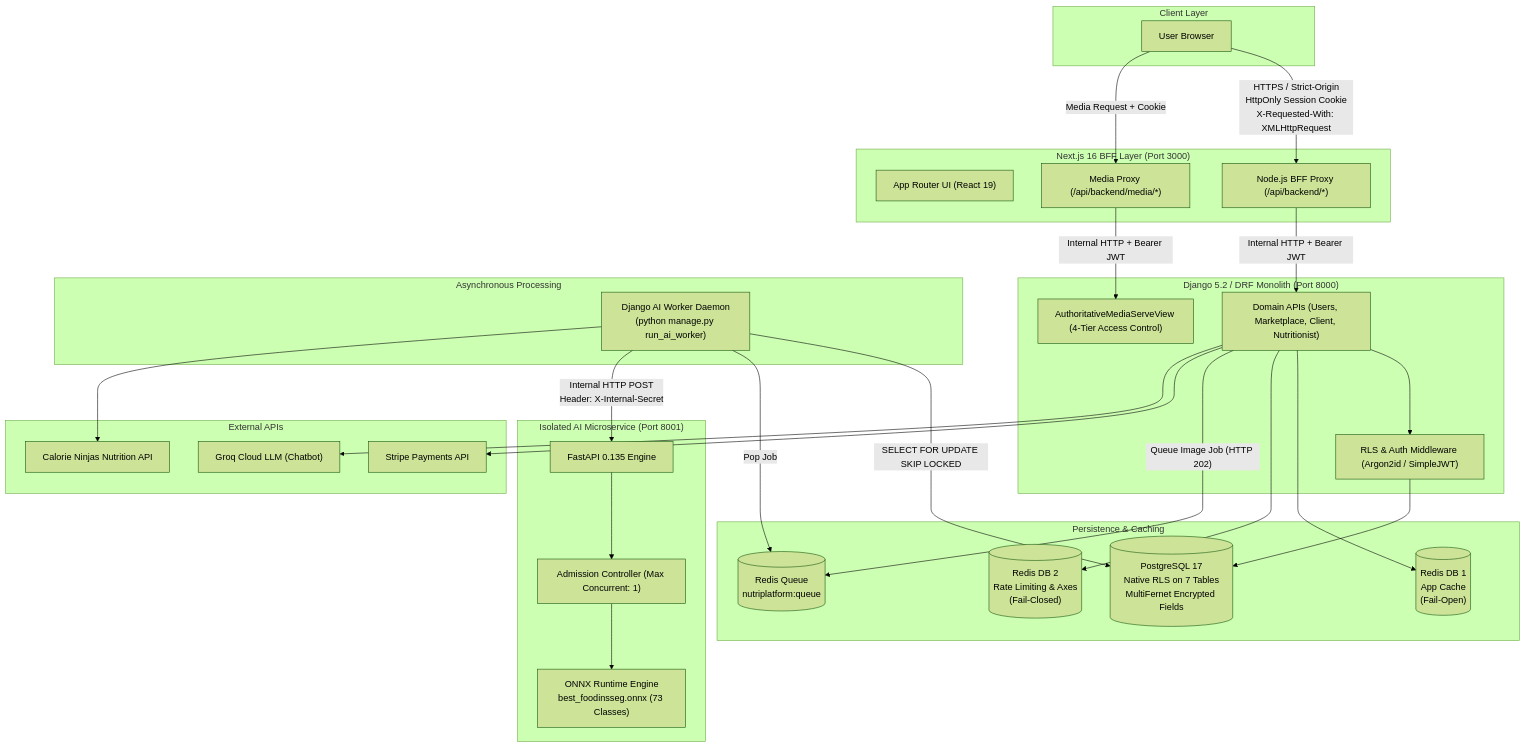
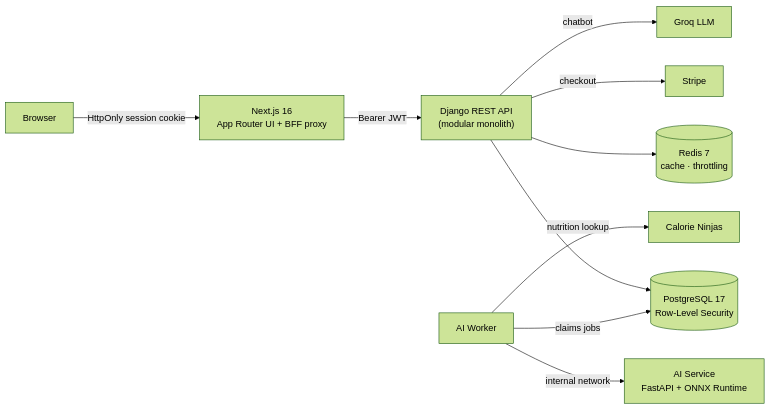
One commit to AkramBFS/personalized-dietary-platform changed the first of 3 diagrams in README.md. Above: the diagram before and after it, drawn with Mermaid (forest theme). The commit also changed other lines of this file, not shown here.

````diff
--- a/README.md
+++ b/README.md
@@ -37,60 +116,12 @@
 ```mermaid
-flowchart TD
-    subgraph ClientLayer ["Client Layer"]
-        Browser["User Browser"]
-    end
-
-    subgraph BFF ["Next.js 16 BFF Layer (Port 3000)"]
-        WebPages["App Router UI (React 19)"]
-        BFFProxy["Node.js BFF Proxy (/api/backend/*)"]
-        MediaProxy["Media Proxy (/api/backend/media/*)"]
-    end
-
-    subgraph CoreBackend ["Django 5.2 / DRF Monolith (Port 8000)"]
-        AuthMiddleware["RLS & Auth Middleware (Argon2id / SimpleJWT)"]
-        APIRoutes["Domain APIs (Users, Marketplace, Client, Nutritionist)"]
-        MediaServe["AuthoritativeMediaServeView (4-Tier Access Control)"]
-    end
-
-    subgraph Storage ["Persistence & Caching"]
-        Postgres[("PostgreSQL 17<br/>Native RLS on 7 Tables<br/>MultiFernet Encrypted Fields")]
-        RedisDB1[("Redis DB 1<br/>App Cache<br/>(Fail-Open)")]
-        RedisDB2[("Redis DB 2<br/>Rate Limiting & Axes<br/>(Fail-Closed)")]
-        RedisQueue[("Redis Queue<br/>nutriplatform:queue")]
-    end
-
-    subgraph WorkerLayer ["Asynchronous Processing"]
-        Worker["Django AI Worker Daemon<br/>(python manage.py run_ai_worker)"]
-    end
-
-    subgraph InternalAI ["Isolated AI Microservice (Port 8001)"]
-        FastAPI["FastAPI 0.135 Engine"]
-        AdmControl["Admission Controller (Max Concurrent: 1)"]
-        ONNX["ONNX Runtime Engine<br/>best_foodinsseg.onnx (73 Classes)"]
-    end
-
-    subgraph ExternalServices ["External APIs"]
-        Stripe["Stripe Payments API"]
-        Groq["Groq Cloud LLM (Chatbot)"]
-        CalorieNinjas["Calorie Ninjas Nutrition API"]
-    end
-
-    Browser -->|"HTTPS / Strict-Origin<br/>HttpOnly Session Cookie<br/>X-Requested-With: XMLHttpRequest"| BFFProxy
-    Browser -->|"Media Request + Cookie"| MediaProxy
-    BFFProxy -->|"Internal HTTP + Bearer JWT"| APIRoutes
-    MediaProxy -->|"Internal HTTP + Bearer JWT"| MediaServe
-    APIRoutes --> AuthMiddleware
-    AuthMiddleware --> Postgres
-    APIRoutes --> RedisDB1
-    APIRoutes --> RedisDB2
-    APIRoutes -->|"Queue Image Job (HTTP 202)"| RedisQueue
-    APIRoutes --> Stripe
-    APIRoutes --> Groq
-
-    Worker -->|"SELECT FOR UPDATE SKIP LOCKED"| Postgres
-    Worker -->|"Pop Job"| RedisQueue
-    Worker -->|"Internal HTTP POST<br/>Header: X-Internal-Secret"| FastAPI
-    FastAPI --> AdmControl
-    AdmControl --> ONNX
-    Worker --> CalorieNinjas
+flowchart LR
+    Browser["Browser"] -->|"HttpOnly session cookie"| BFF["Next.js 16<br/>App Router UI + BFF proxy"]
+    BFF -->|"Bearer JWT"| API["Django REST API<br/>(modular monolith)"]
+    API --> PG[("PostgreSQL 17<br/>Row-Level Security")]
+    API --> Redis[("Redis 7<br/>cache · throttling")]
+    API -->|"checkout"| Stripe["Stripe"]
+    API -->|"chatbot"| Groq["Groq LLM"]
+    Worker["AI Worker"] -->|"claims jobs"| PG
+    Worker -->|"internal network"| AI["AI Service<br/>FastAPI + ONNX Runtime"]
+    Worker -->|"nutrition lookup"| Ninjas["Calorie Ninjas"]
 ```
````
